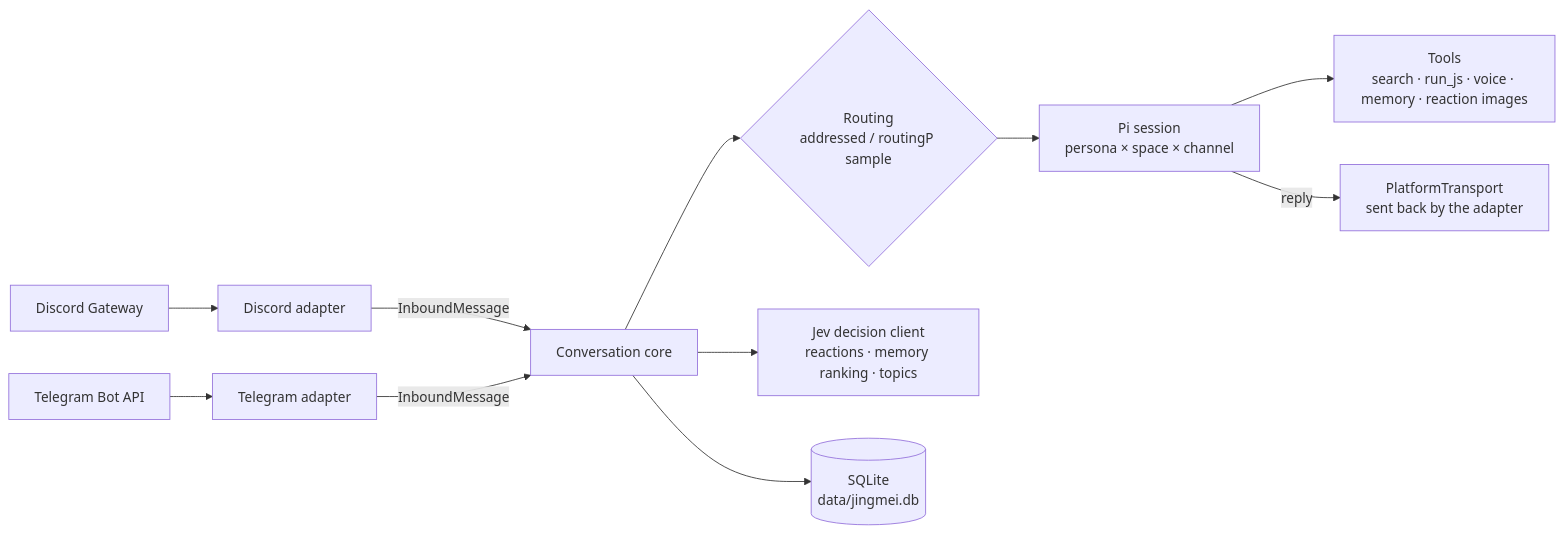
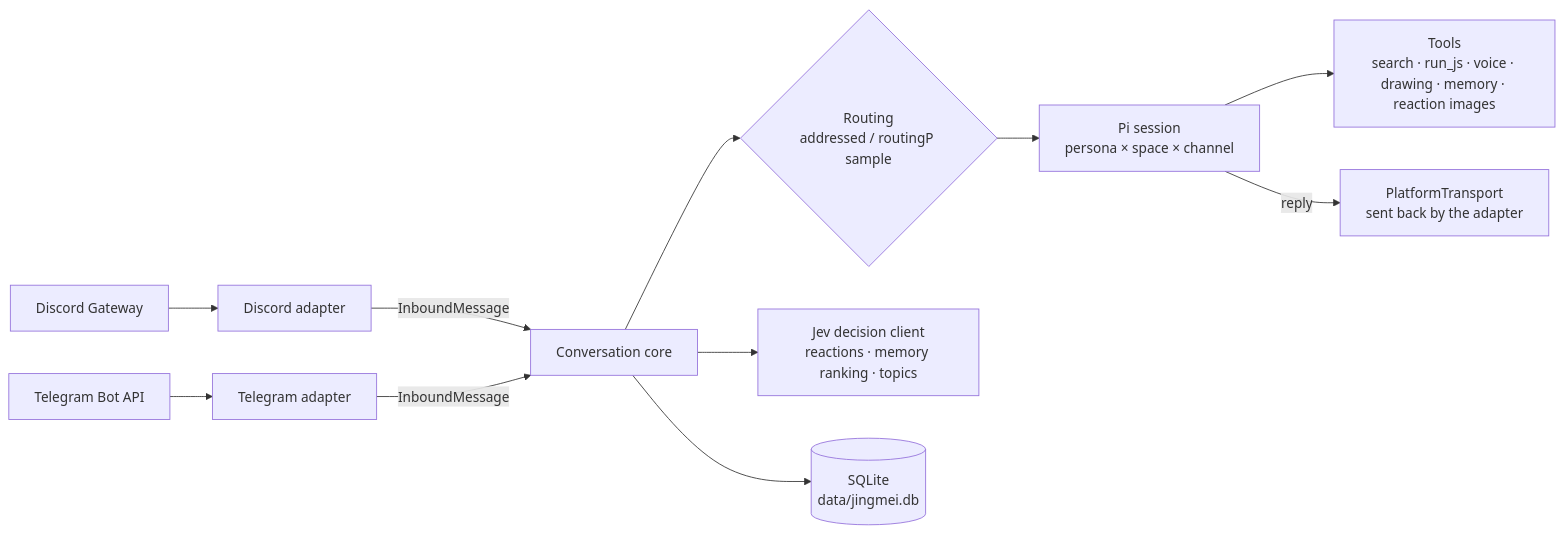
One commit to beiwater/jingmei changed the diagram in README.en.md. Above: the diagram before and after it, drawn with Mermaid. The commit also changed other lines of this file and 24 other files, not shown here.

````diff
--- a/README.en.md
+++ b/README.en.md
@@ -47,13 +48,13 @@
 ```mermaid
 flowchart LR
   DG[Discord Gateway] --> DA[Discord adapter]
   TG[Telegram Bot API] --> TA[Telegram adapter]
   DA -- InboundMessage --> C[Conversation core]
   TA -- InboundMessage --> C
   C --> R{Routing<br/>addressed / routingP sample}
   R --> S[Pi session<br/>persona × space × channel]
-  S --> T[Tools<br/>search · run_js · voice · memory · reaction images]
+  S --> T[Tools<br/>search · run_js · voice · drawing · memory · reaction images]
   C --> J[Jev decision client<br/>reactions · memory ranking · topics]
   C --> DB[(SQLite<br/>data/jingmei.db)]
   S -- reply --> PT[PlatformTransport<br/>sent back by the adapter]
 ```
````
